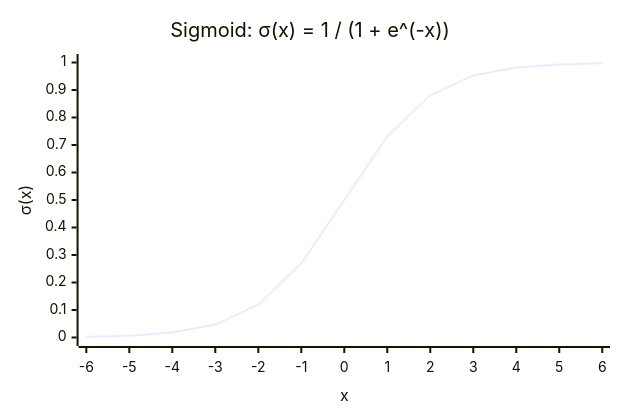
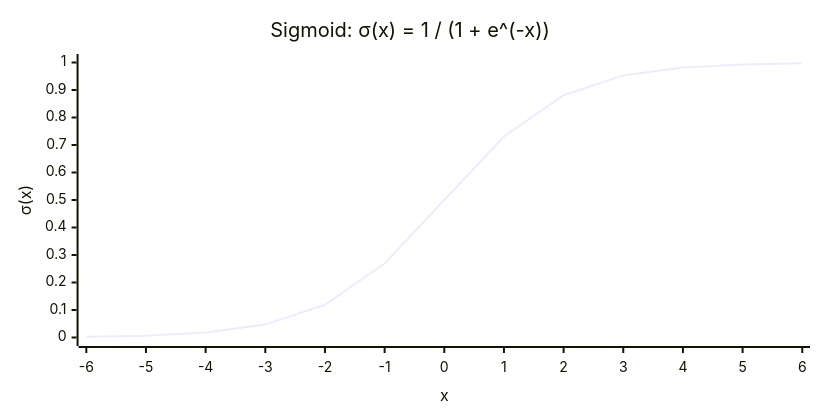
One commit to qarq90/ominous-obsidian changed the seventh of 17 diagrams in SEM 7/AIDS-2/AIDS-2 IA 2 AB.md. Above: the diagram before and after it, drawn with Mermaid. The commit also changed other lines of this file and 28 other files, not shown here.

````diff
--- a/SEM 7/AIDS-2/AIDS-2 IA 2 AB.md
+++ b/SEM 7/AIDS-2/AIDS-2 IA 2 AB.md
@@ -367,19 +438,19 @@
 ```mermaid
 ---
 config:
   xyChart:
-    width: 600
+    width: 800
     height: 400
     xAxis:
       labelFontSize: 14
       titleFontSize: 16
     yAxis:
       labelFontSize: 14
       titleFontSize: 16
 ---
 xychart-beta
     title "Sigmoid: σ(x) = 1 / (1 + e^(-x))"
     x-axis "x" [-6, -5, -4, -3, -2, -1, 0, 1, 2, 3, 4, 5, 6]
     y-axis "σ(x)" 0 --> 1
     line [0.0025, 0.0067, 0.018, 0.047, 0.119, 0.269, 0.5, 0.731, 0.881, 0.953, 0.982, 0.993, 0.9975]
 ```
````
